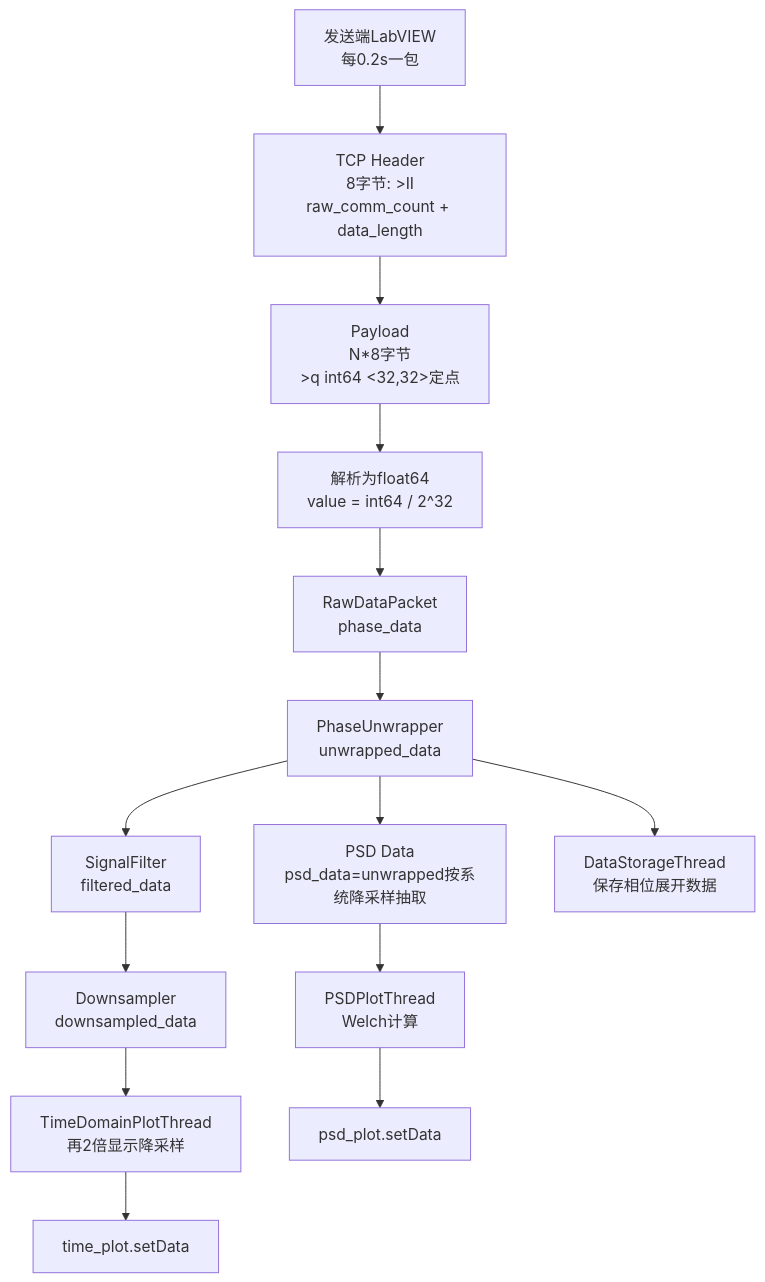
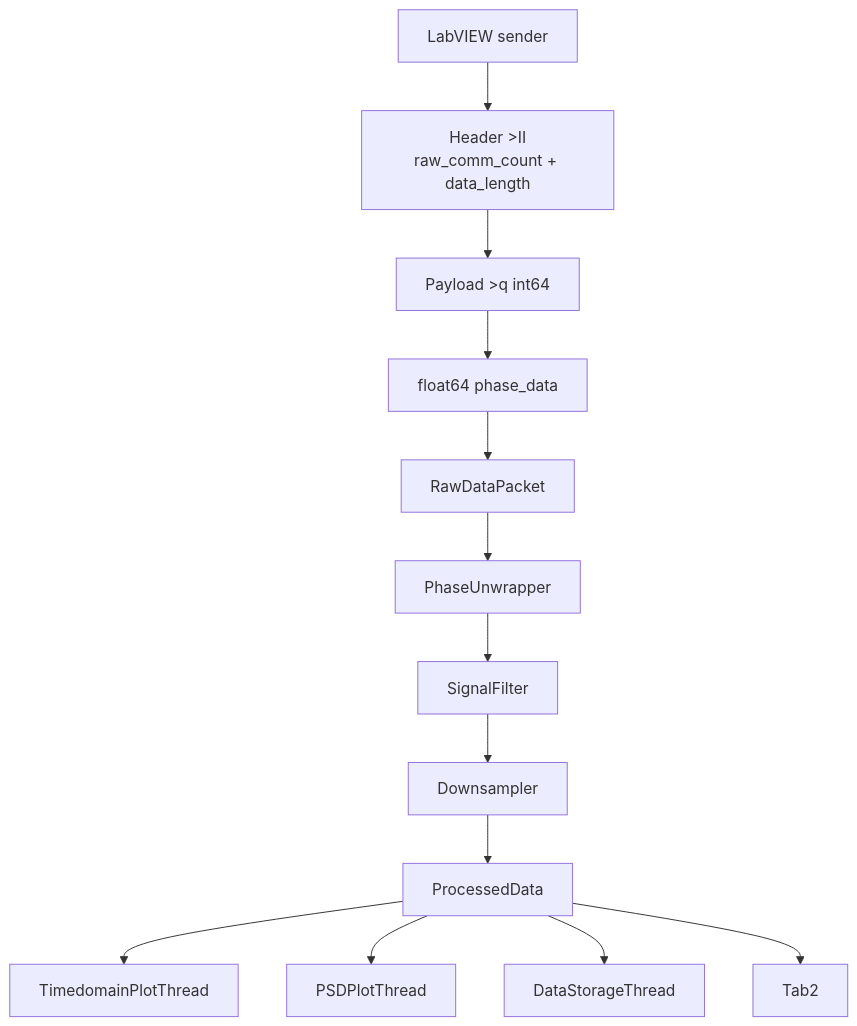
One commit to chyiever/wb-monitor changed the second of 2 diagrams in docs/2026-3-12-Tab1-声发射数据通信绘图功能开发问文档.md. Above: the diagram before and after it, drawn with Mermaid. The commit also changed other lines of this file and 36 other files, not shown here.

````diff
--- a/docs/2026-3-12-Tab1-声发射数据通信绘图功能开发问文档.md
+++ b/docs/2026-3-12-Tab1-声发射数据通信绘图功能开发问文档.md
@@ -52,16 +178,22 @@
 ```mermaid
 flowchart TD
-    N1[发送端LabVIEW\n每0.2s一包] --> N2[TCP Header\n8字节: >II\nraw_comm_count + data_length]
-    N2 --> N3[Payload\nN*8字节\n>q int64 <32,32>定点]
-    N3 --> N4[解析为float64\nvalue = int64 / 2^32]
-    N4 --> N5[RawDataPacket\nphase_data]
-    N5 --> N6[PhaseUnwrapper\nunwrapped_data]
-    N6 --> N7[SignalFilter\nfiltered_data]
-    N7 --> N8[Downsampler\ndownsampled_data]
-    N6 --> N9[PSD Data\npsd_data=unwrapped按系统降采样抽取]
-    N8 --> N10[TimeDomainPlotThread\n再2倍显示降采样]
-    N9 --> N11[PSDPlotThread\nWelch计算]
-    N6 --> N12[DataStorageThread\n保存相位展开数据]
-    N10 --> N13[time_plot.setData]
-    N11 --> N14[psd_plot.setData]
+    N1[LabVIEW sender]
+    N2[Header >II<br/>raw_comm_count + data_length]
+    N3[Payload >q int64]
+    N4[float64 phase_data]
+    N5[RawDataPacket]
+    N6[PhaseUnwrapper]
+    N7[SignalFilter]
+    N8[Downsampler]
+    N9[ProcessedData]
+    N10[TimedomainPlotThread]
+    N11[PSDPlotThread]
+    N12[DataStorageThread]
+    N13[Tab2]
+
+    N1 --> N2 --> N3 --> N4 --> N5 --> N6 --> N7 --> N8 --> N9
+    N9 --> N10
+    N9 --> N11
+    N9 --> N12
+    N9 --> N13
 ```
````
